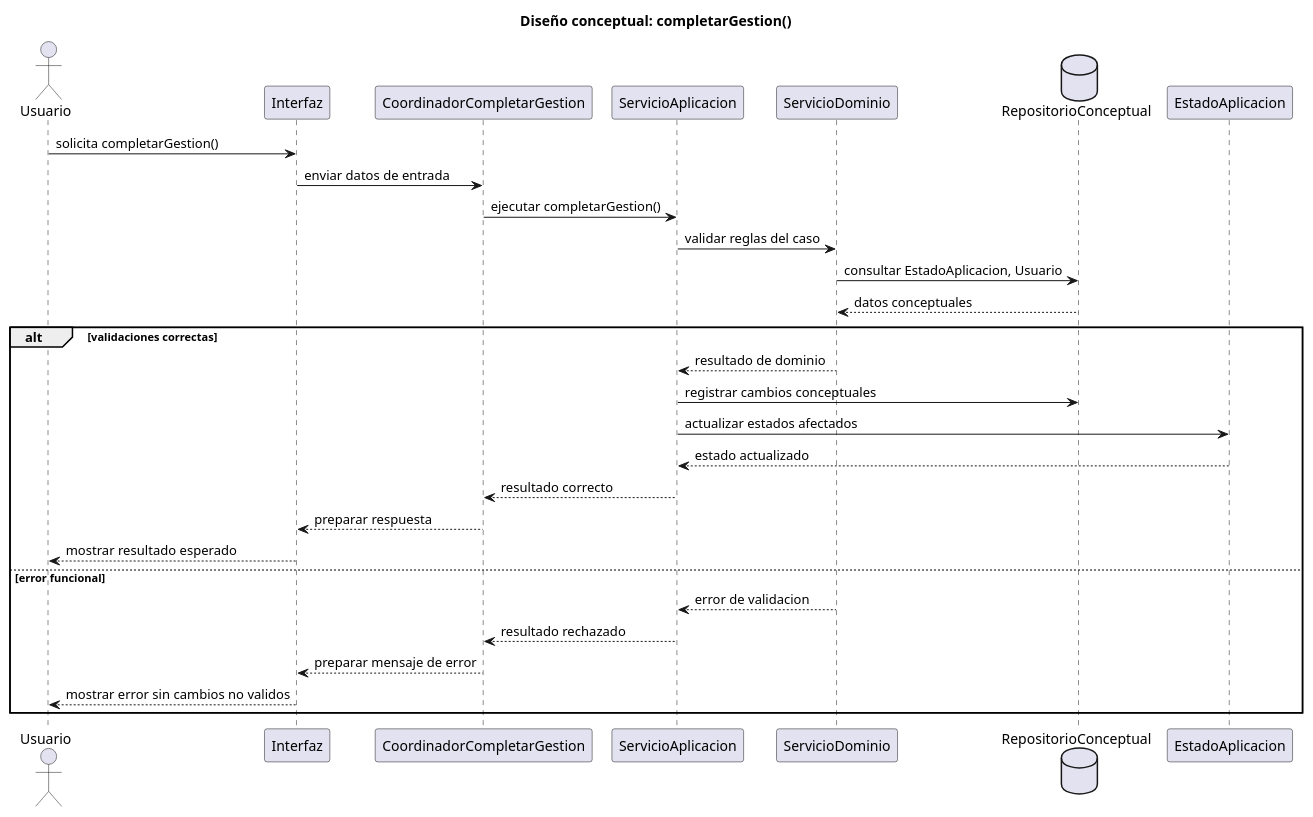
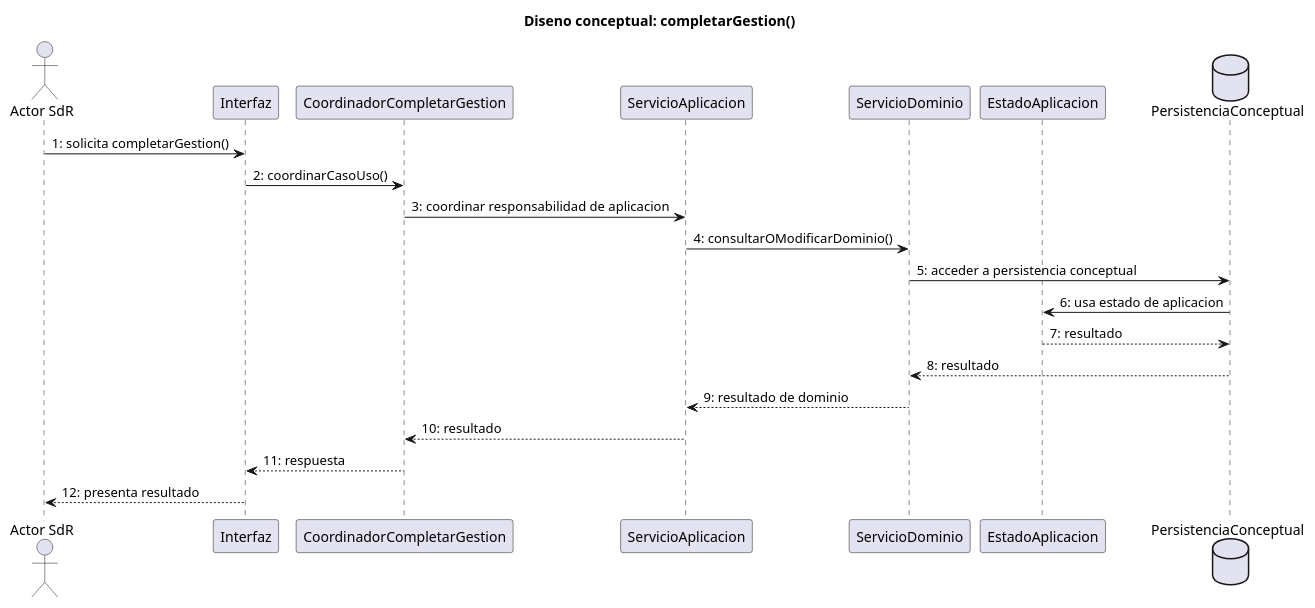
Before and after one commit to inigovaqueroo04/25-26-idsw2-sdVC: the diagram in documents/RUP/02-diseño/casos-uso/gestion-sesion/completarGestion/README.md, drawn with PlantUML. The commit also changed other lines of this file and 24 other files, not shown here.

Commit message:
docs: validar trazabilidad integral de diseno

````diff
--- a/documents/RUP/02-diseño/casos-uso/gestion-sesion/completarGestion/README.md
+++ b/documents/RUP/02-diseño/casos-uso/gestion-sesion/completarGestion/README.md
@@ -83,36 +85,27 @@
 ```plantuml
 @startuml completarGestion-diseno-secuencia
-title Diseño conceptual: completarGestion()
+title Diseno conceptual: completarGestion()
 
-actor "Usuario" as Usuario
+actor "Actor SdR" as Actor
 participant "Interfaz" as Interfaz
 participant "CoordinadorCompletarGestion" as Coordinador
 participant "ServicioAplicacion" as ServicioAplicacion
 participant "ServicioDominio" as ServicioDominio
-database "RepositorioConceptual" as Repositorio
 participant "EstadoAplicacion" as EstadoAplicacion
+database "PersistenciaConceptual" as Persistencia
 
-Usuario -> Interfaz : solicita completarGestion()
-Interfaz -> Coordinador : enviar datos de entrada
-Coordinador -> ServicioAplicacion : ejecutar completarGestion()
-ServicioAplicacion -> ServicioDominio : validar reglas del caso
-ServicioDominio -> Repositorio : consultar EstadoAplicacion, Usuario
-Repositorio --> ServicioDominio : datos conceptuales
-
-alt validaciones correctas
-  ServicioDominio --> ServicioAplicacion : resultado de dominio
-  ServicioAplicacion -> Repositorio : registrar cambios conceptuales
-  ServicioAplicacion -> EstadoAplicacion : actualizar estados afectados
-  EstadoAplicacion --> ServicioAplicacion : estado actualizado
-  ServicioAplicacion --> Coordinador : resultado correcto
-  Coordinador --> Interfaz : preparar respuesta
-  Interfaz --> Usuario : mostrar resultado esperado
-else error funcional
-  ServicioDominio --> ServicioAplicacion : error de validacion
-  ServicioAplicacion --> Coordinador : resultado rechazado
-  Coordinador --> Interfaz : preparar mensaje de error
-  Interfaz --> Usuario : mostrar error sin cambios no validos
-end
+Actor -> Interfaz : 1: solicita completarGestion()
+Interfaz -> Coordinador : 2: coordinarCasoUso()
+Coordinador -> ServicioAplicacion : 3: coordinar responsabilidad de aplicacion
+ServicioAplicacion -> ServicioDominio : 4: consultarOModificarDominio()
+ServicioDominio -> Persistencia : 5: acceder a persistencia conceptual
+Persistencia -> EstadoAplicacion : 6: usa estado de aplicacion
+EstadoAplicacion --> Persistencia : 7: resultado
+Persistencia --> ServicioDominio : 8: resultado
+ServicioDominio --> ServicioAplicacion : 9: resultado de dominio
+ServicioAplicacion --> Coordinador : 10: resultado
+Coordinador --> Interfaz : 11: respuesta
+Interfaz --> Actor : 12: presenta resultado
 
 @enduml
 ```
````
